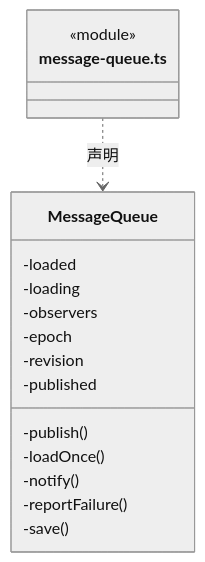
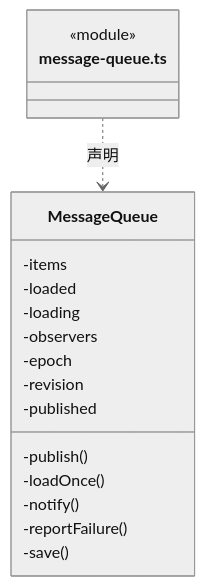
Before and after one commit to nan023062/cbim: the ninth of 12 diagrams in src/logic/conversation/runtime/ARCHITECTURE.md, drawn with Mermaid (neutral theme). The commit also changed other lines of this file and 139 other files, not shown here.

Commit message:
docs(architecture): add source reading paths and complete file inventories

````diff
--- a/src/logic/conversation/runtime/ARCHITECTURE.md
+++ b/src/logic/conversation/runtime/ARCHITECTURE.md
@@ -271,20 +276,21 @@
 ```mermaid
 classDiagram
 class N_src_logic_conversation_runtime_message_queue_ts["message-queue.ts"] {
   <<module>>
 }
 class N_src_logic_conversation_runtime_message_queue_ts_MessageQueue["MessageQueue"] {
+  -items
   -loaded
   -loading
   -observers
   -epoch
   -revision
   -published
   -publish()
   -loadOnce()
   -notify()
   -reportFailure()
   -save()
 }
 N_src_logic_conversation_runtime_message_queue_ts ..> N_src_logic_conversation_runtime_message_queue_ts_MessageQueue : 声明
 ```
````
